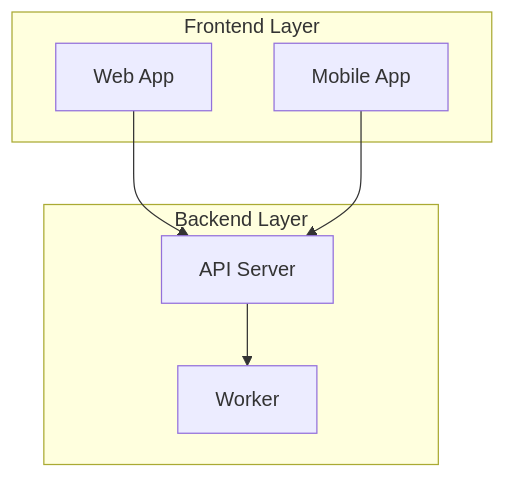
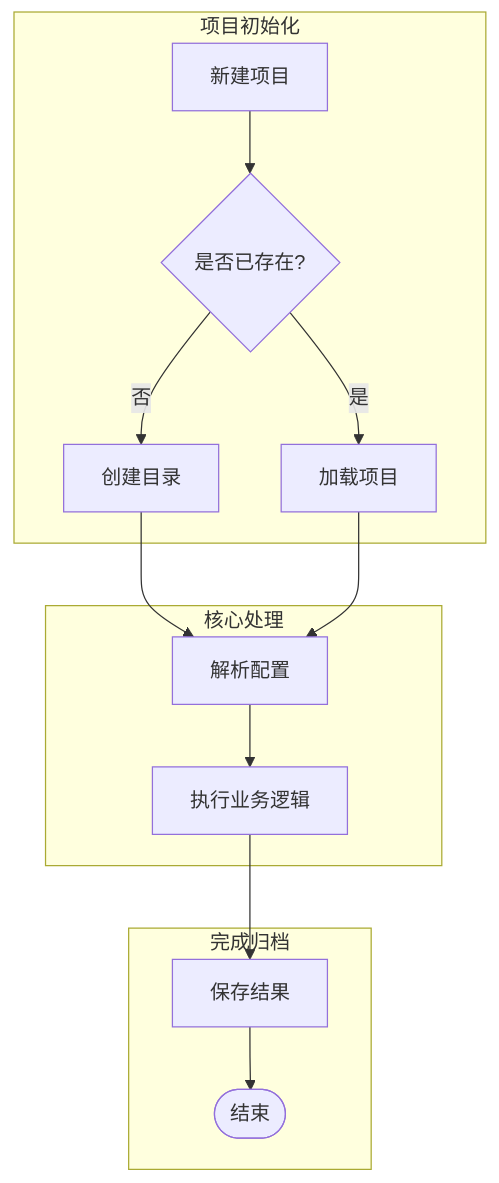
One commit to zhsusn/skill-arsenal changed the fourth of 6 diagrams in skills/engineering-foundations/mermaid-diagrams/references/FLOWCHART.md. Above: the diagram before and after it, drawn with Mermaid. The commit also changed other lines of this file and 22 other files, not shown here.

````diff
--- a/skills/engineering-foundations/mermaid-diagrams/references/FLOWCHART.md
+++ b/skills/engineering-foundations/mermaid-diagrams/references/FLOWCHART.md
@@ -63,15 +83,19 @@
 ```mermaid
 flowchart TD
-  subgraph "Frontend Layer"
-    A[Web App]
-    B[Mobile App]
+  subgraph Phase_1["项目初始化"]
+    A[新建项目] --> B{是否已存在?}
+    B -->|否| C[创建目录]
+    B -->|是| D[加载项目]
   end
 
-  subgraph "Backend Layer"
-    C[API Server]
-    D[Worker]
+  subgraph Phase_2["核心处理"]
+    C --> E[解析配置]
+    D --> E
+    E --> F[执行业务逻辑]
   end
 
-  A & B --> C
-  C --> D
+  subgraph Phase_3["完成归档"]
+    F --> G[保存结果]
+    G --> H([结束])
+  end
 ```
````
